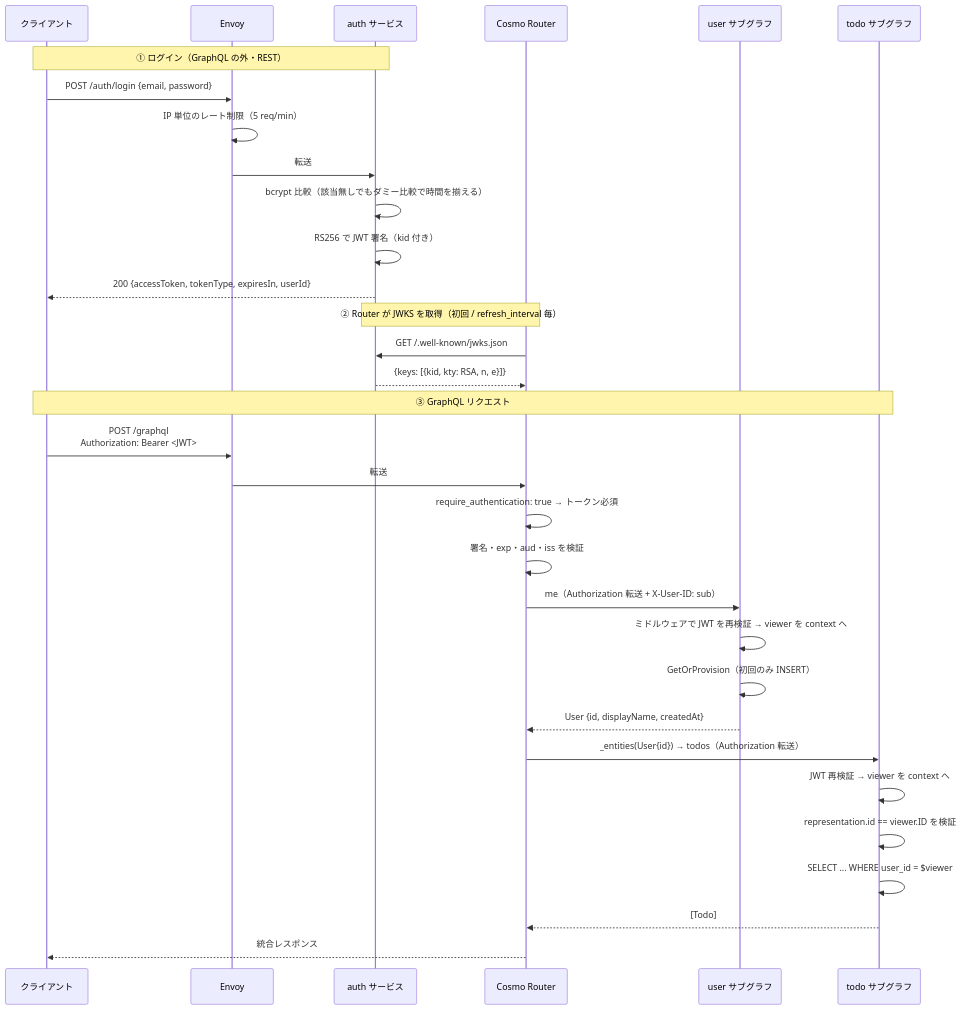
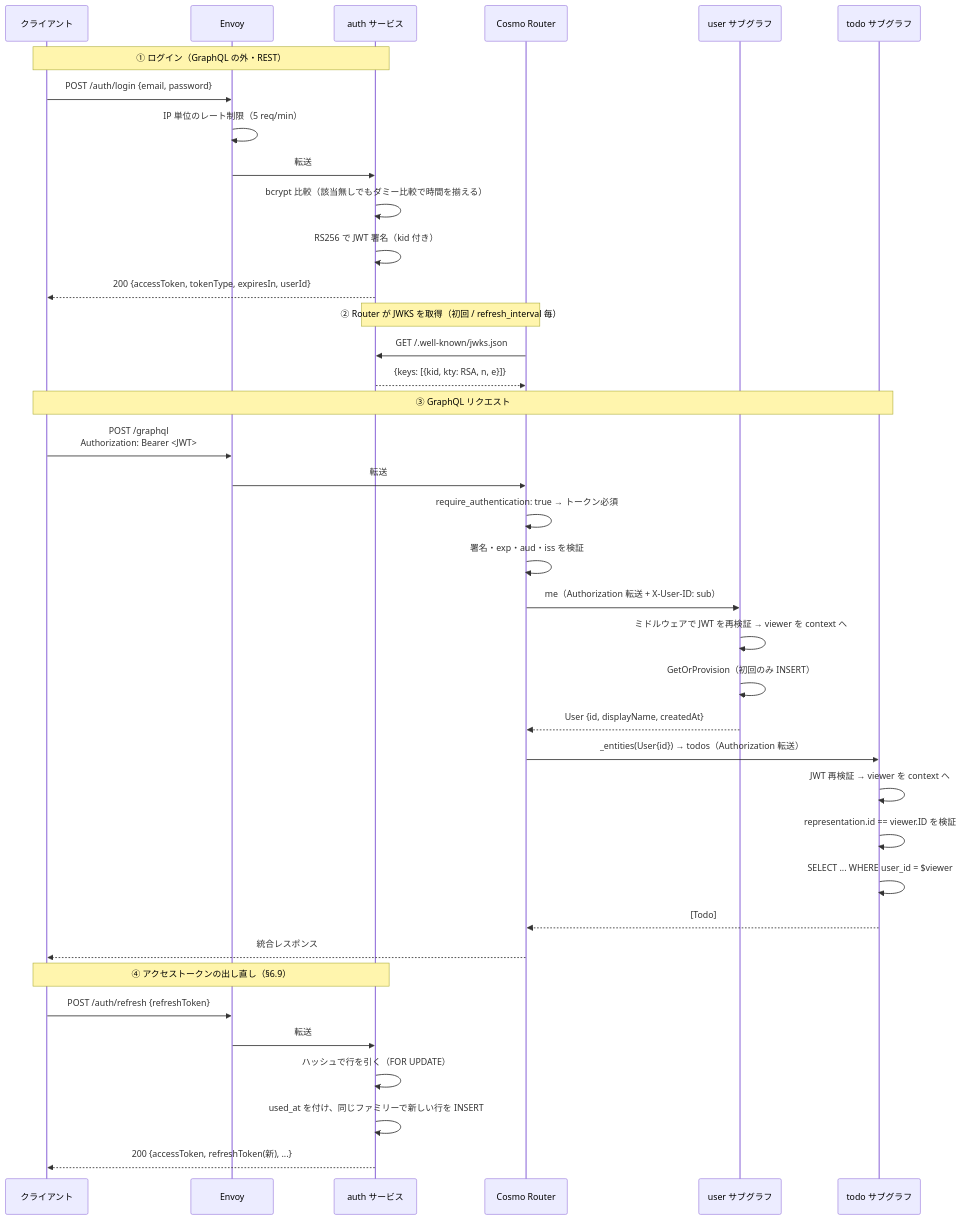
One commit to kayawari/graphql-todo changed the fourth of 6 diagrams in docs/design.md. Above: the diagram before and after it, drawn with Mermaid. The commit also changed other lines of this file and 24 other files, not shown here.

First line of the commit message:
add(graphql-todo): リフレッシュトークンとログアウト時の失効を追加

````diff
--- a/docs/design.md
+++ b/docs/design.md
@@ -734,37 +784,44 @@
 ```mermaid
 sequenceDiagram
     participant C as クライアント
     participant E as Envoy
     participant A as auth サービス
     participant R as Cosmo Router
     participant U as user サブグラフ
     participant T as todo サブグラフ
 
     Note over C,A: ① ログイン（GraphQL の外・REST）
     C->>E: POST /auth/login {email, password}
     E->>E: IP 単位のレート制限（5 req/min）
     E->>A: 転送
     A->>A: bcrypt 比較（該当無しでもダミー比較で時間を揃える）
     A->>A: RS256 で JWT 署名（kid 付き）
     A-->>C: 200 {accessToken, tokenType, expiresIn, userId}
 
     Note over R,A: ② Router が JWKS を取得（初回 / refresh_interval 毎）
     R->>A: GET /.well-known/jwks.json
     A-->>R: {keys: [{kid, kty: RSA, n, e}]}
 
     Note over C,T: ③ GraphQL リクエスト
     C->>E: POST /graphql<br/>Authorization: Bearer <JWT>
     E->>R: 転送
     R->>R: require_authentication: true → トークン必須
     R->>R: 署名・exp・aud・iss を検証
     R->>U: me（Authorization 転送 + X-User-ID: sub）
     U->>U: ミドルウェアで JWT を再検証 → viewer を context へ
     U->>U: GetOrProvision（初回のみ INSERT）
     U-->>R: User {id, displayName, createdAt}
     R->>T: _entities(User{id}) → todos（Authorization 転送）
     T->>T: JWT 再検証 → viewer を context へ
     T->>T: representation.id == viewer.ID を検証
     T->>T: SELECT ... WHERE user_id = $viewer
     T-->>R: [Todo]
     R-->>C: 統合レスポンス
+
+    Note over C,A: ④ アクセストークンの出し直し（§6.9）
+    C->>E: POST /auth/refresh {refreshToken}
+    E->>A: 転送
+    A->>A: ハッシュで行を引く（FOR UPDATE）
+    A->>A: used_at を付け、同じファミリーで新しい行を INSERT
+    A-->>C: 200 {accessToken, refreshToken(新), ...}
 ```
````
